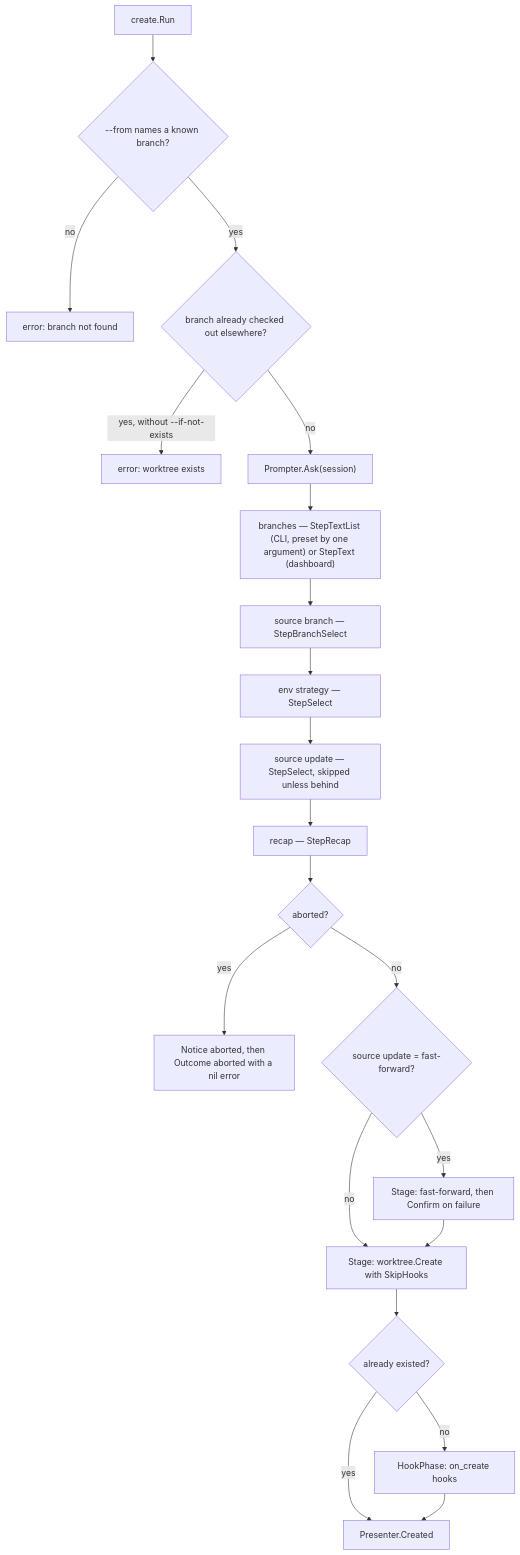
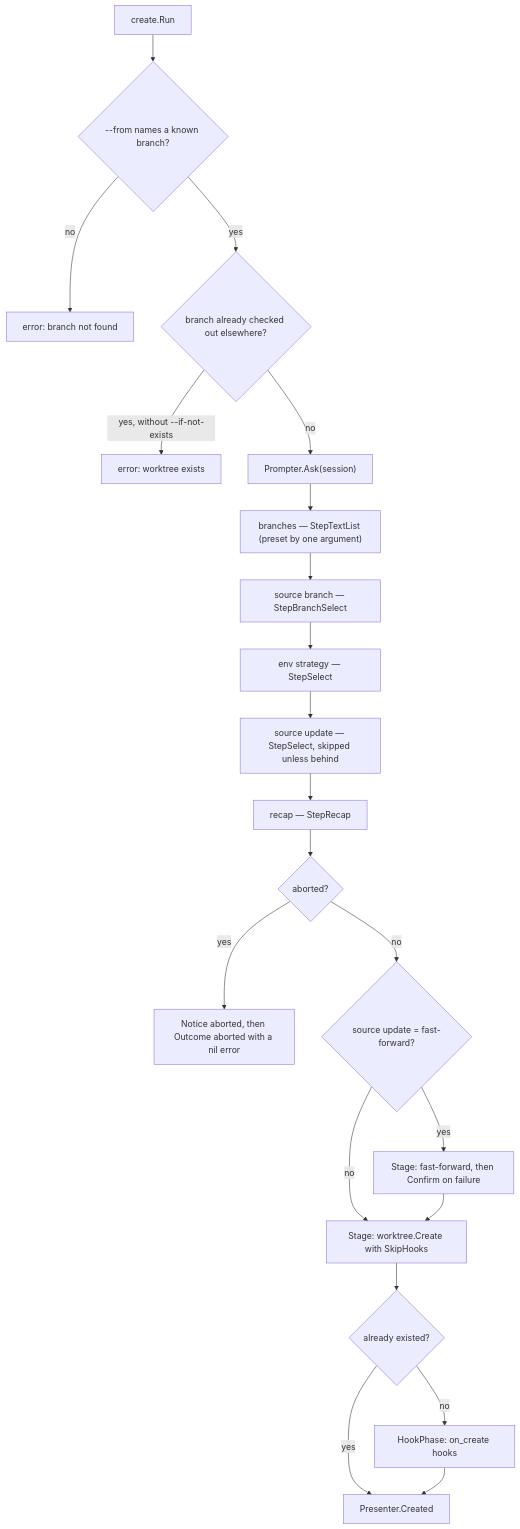
One commit to LucasPcq/wtm changed the first of 8 diagrams in docs/dev/flow-layer.md. Above: the diagram before and after it, drawn with Mermaid. The commit also changed other lines of this file and 2 other files, not shown here.

Commit message:
docs: document creating several worktrees from the dashboard

````diff
--- a/docs/dev/flow-layer.md
+++ b/docs/dev/flow-layer.md
@@ -315,23 +315,23 @@
 ```mermaid
 flowchart TD
   A["create.Run"] --> B{"--from names a known branch?"}
   B -- no --> ERR1["error: branch not found"]
   B -- yes --> C{"branch already checked out elsewhere?"}
   C -- "yes, without --if-not-exists" --> ERR2["error: worktree exists"]
   C -- no --> D["Prompter.Ask(session)"]
-  D --> D1["branches — StepTextList (CLI, preset by one argument) or StepText (dashboard)"]
+  D --> D1["branches — StepTextList (preset by one argument)"]
   D1 --> D2["source branch — StepBranchSelect"]
   D2 --> D3["env strategy — StepSelect"]
   D3 --> D4["source update — StepSelect, skipped unless behind"]
   D4 --> D5["recap — StepRecap"]
   D5 --> E{"aborted?"}
   E -- yes --> F["Notice aborted, then Outcome aborted with a nil error"]
   E -- no --> G{"source update = fast-forward?"}
   G -- yes --> H["Stage: fast-forward, then Confirm on failure"]
   G -- no --> I["Stage: worktree.Create with SkipHooks"]
   H --> I
   I --> J{"already existed?"}
   J -- no --> K["HookPhase: on_create hooks"]
   J -- yes --> L["Presenter.Created"]
   K --> L
 ```
````
